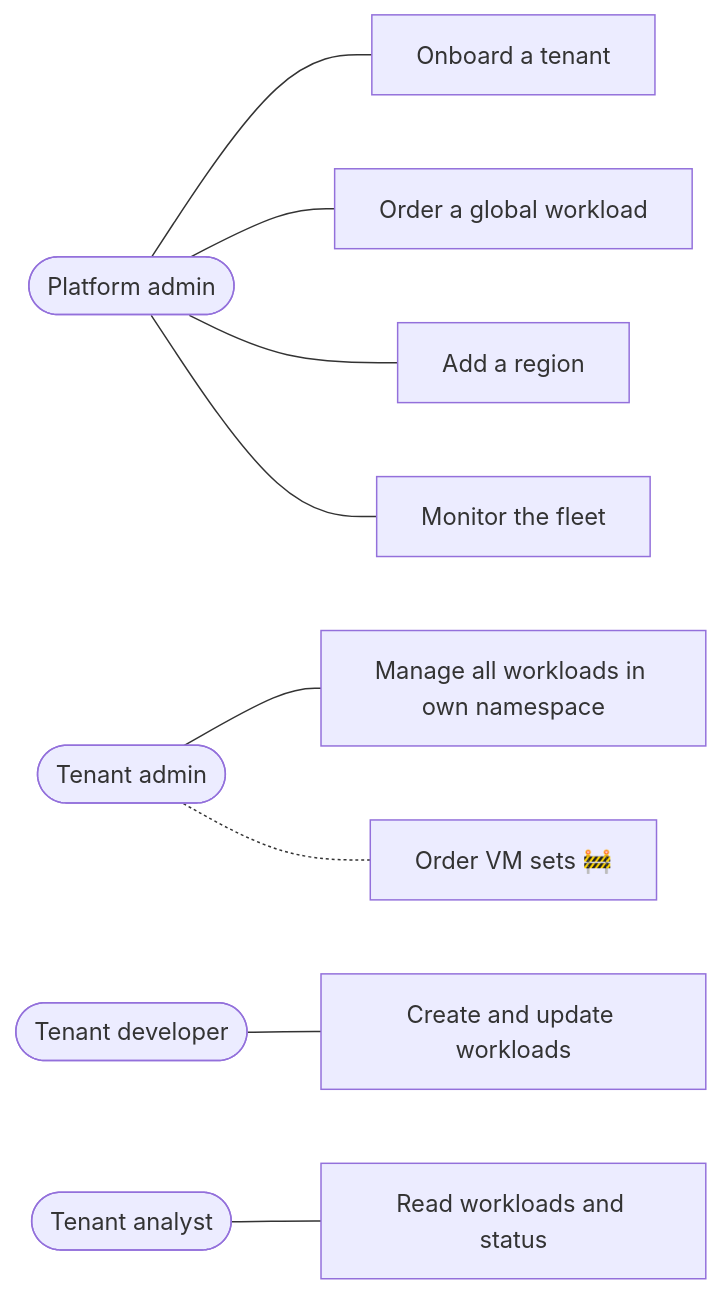
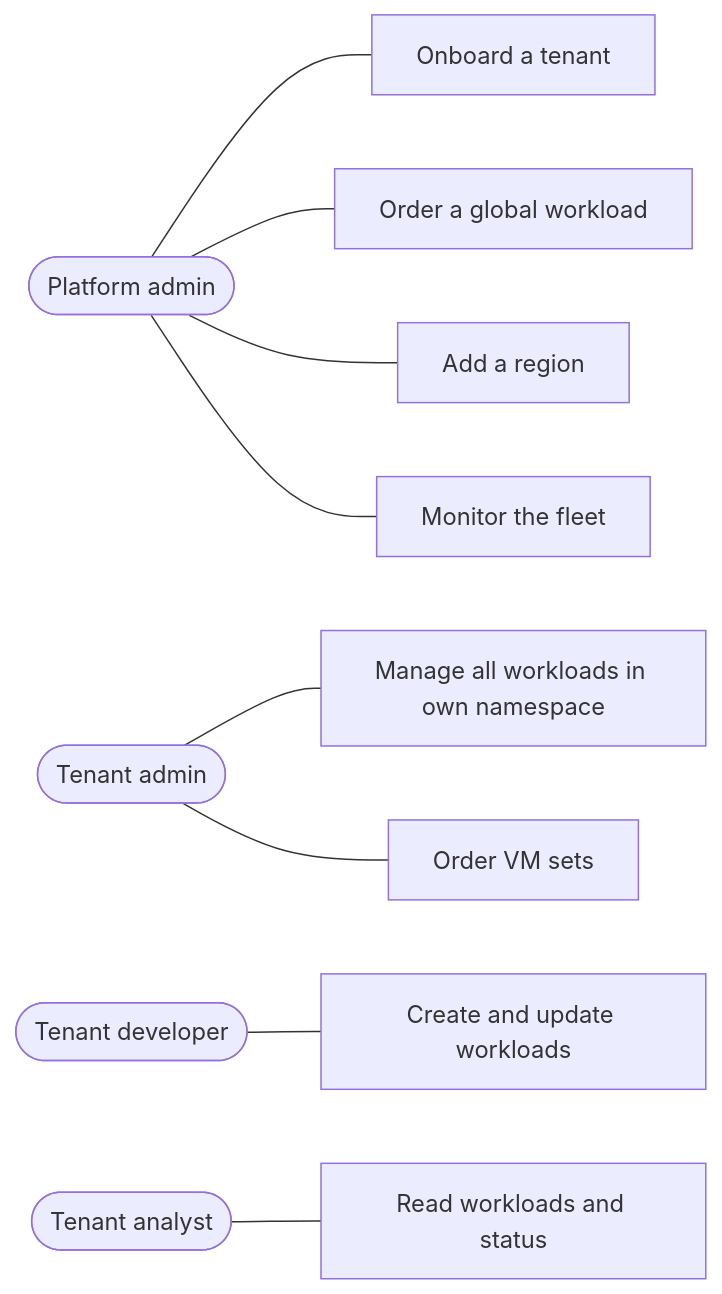
The third of 3 diagrams in docs/platform-mvp/15-capabilities.md (sojoner/kro-lab), drawn with Mermaid before and after one commit. The commit also changed other lines of this file and 8 other files, not shown here.

````diff
--- a/docs/platform-mvp/15-capabilities.md
+++ b/docs/platform-mvp/15-capabilities.md
@@ -82,15 +80,15 @@
 ```mermaid
 flowchart LR
     PA(["Platform admin"])
     TA(["Tenant admin"])
     TD(["Tenant developer"])
     TN(["Tenant analyst"])
     PA --- UC1["Onboard a tenant"]
     PA --- UC2["Order a global workload"]
     PA --- UC3["Add a region"]
     PA --- UC4["Monitor the fleet"]
     TA --- UC5["Manage all workloads in own namespace"]
     TD --- UC6["Create and update workloads"]
     TN --- UC7["Read workloads and status"]
-    TA -.- UC8["Order VM sets 🚧"]
+    TA --- UC8["Order VM sets"]
 ```
````
